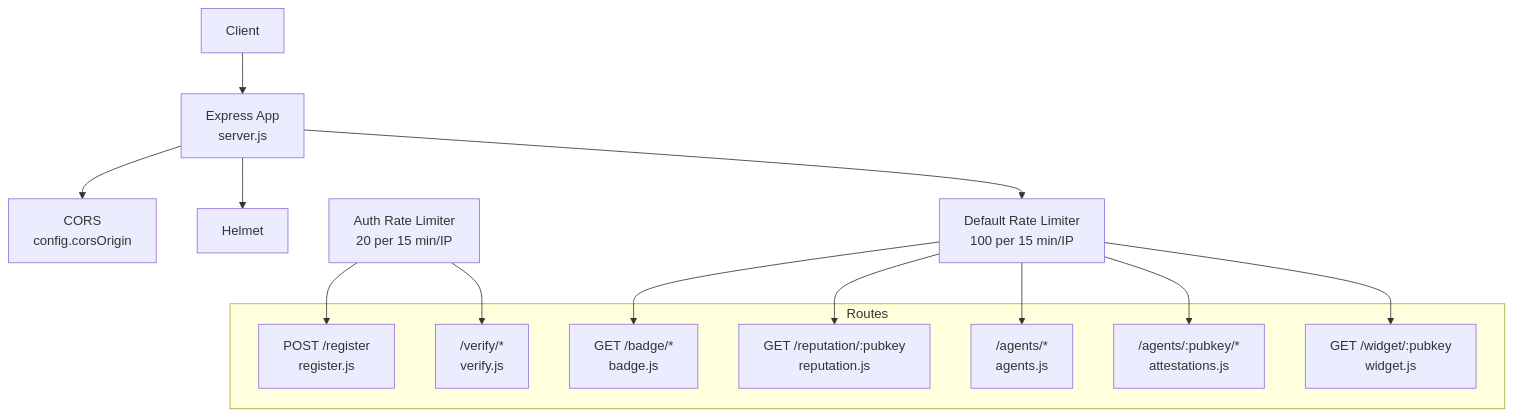
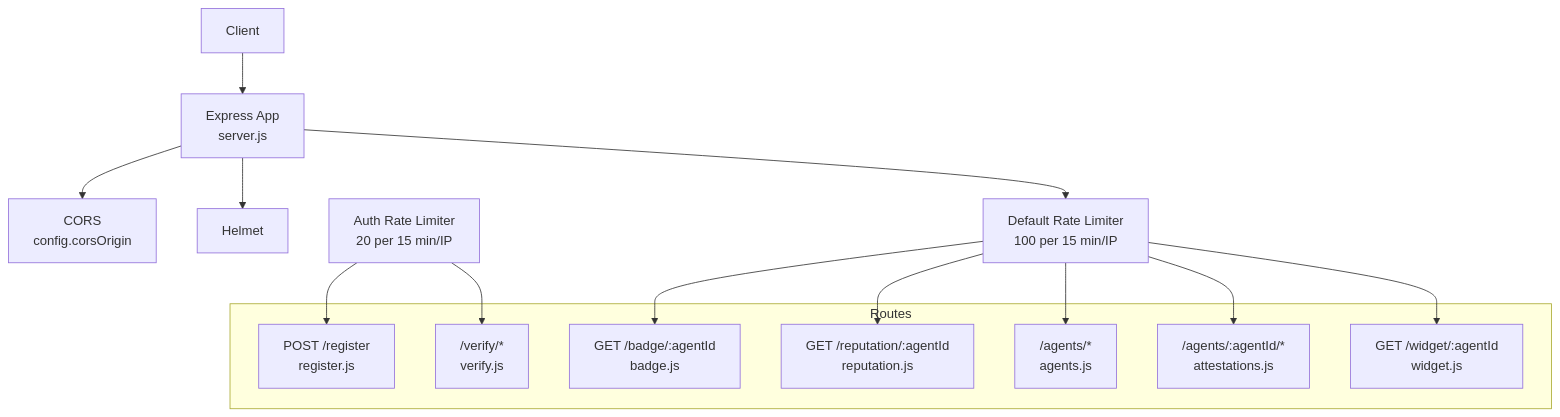
The first of 5 diagrams in .qoder/repowiki/en/content/Backend API Reference/Backend API Reference.md (RunTimeAdmin/AgentID), drawn with Mermaid before and after one commit. The commit also changed other lines of this file and 31 other files, not shown here.

````diff
--- a/.qoder/repowiki/en/content/Backend API Reference/Backend API Reference.md
+++ b/.qoder/repowiki/en/content/Backend API Reference/Backend API Reference.md
@@ -50,29 +52,29 @@
 ```mermaid
 graph TB
 Client["Client"]
 ExpressApp["Express App<br/>server.js"]
 CORS["CORS<br/>config.corsOrigin"]
 Helmet["Helmet"]
 DefaultLimiter["Default Rate Limiter<br/>100 per 15 min/IP"]
 AuthLimiter["Auth Rate Limiter<br/>20 per 15 min/IP"]
 subgraph "Routes"
 RRegister["POST /register<br/>register.js"]
 RVerify["/verify/*<br/>verify.js"]
-RBadge["GET /badge/*<br/>badge.js"]
-RReputation["GET /reputation/:pubkey<br/>reputation.js"]
+RBadge["GET /badge/:agentId<br/>badge.js"]
+RReputation["GET /reputation/:agentId<br/>reputation.js"]
 RAgents["/agents/*<br/>agents.js"]
-RAttest["/agents/:pubkey/*<br/>attestations.js"]
-RWidget["GET /widget/:pubkey<br/>widget.js"]
+RAttest["/agents/:agentId/*<br/>attestations.js"]
+RWidget["GET /widget/:agentId<br/>widget.js"]
 end
 Client --> ExpressApp
 ExpressApp --> Helmet
 ExpressApp --> CORS
 ExpressApp --> DefaultLimiter
 DefaultLimiter --> RAgents
 DefaultLimiter --> RBadge
 DefaultLimiter --> RReputation
 DefaultLimiter --> RAttest
 DefaultLimiter --> RWidget
 AuthLimiter --> RRegister
 AuthLimiter --> RVerify
 ```
````
